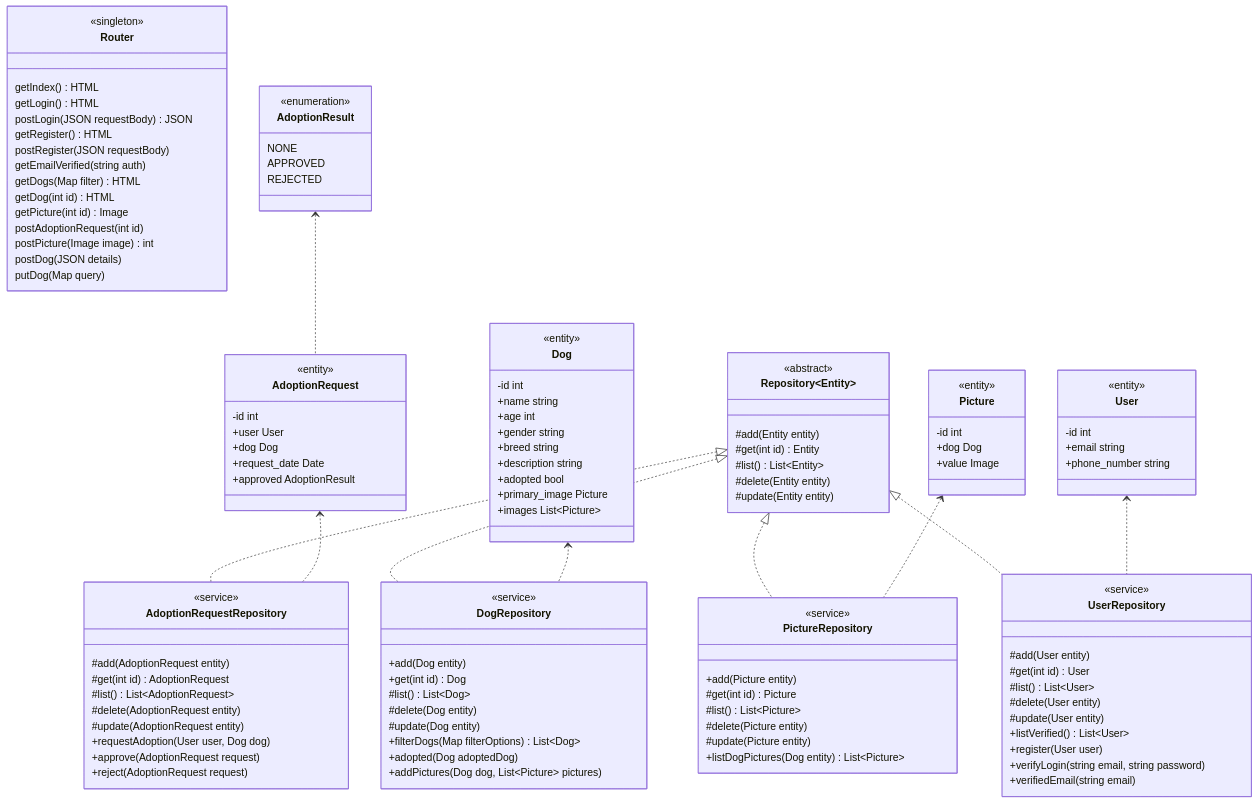
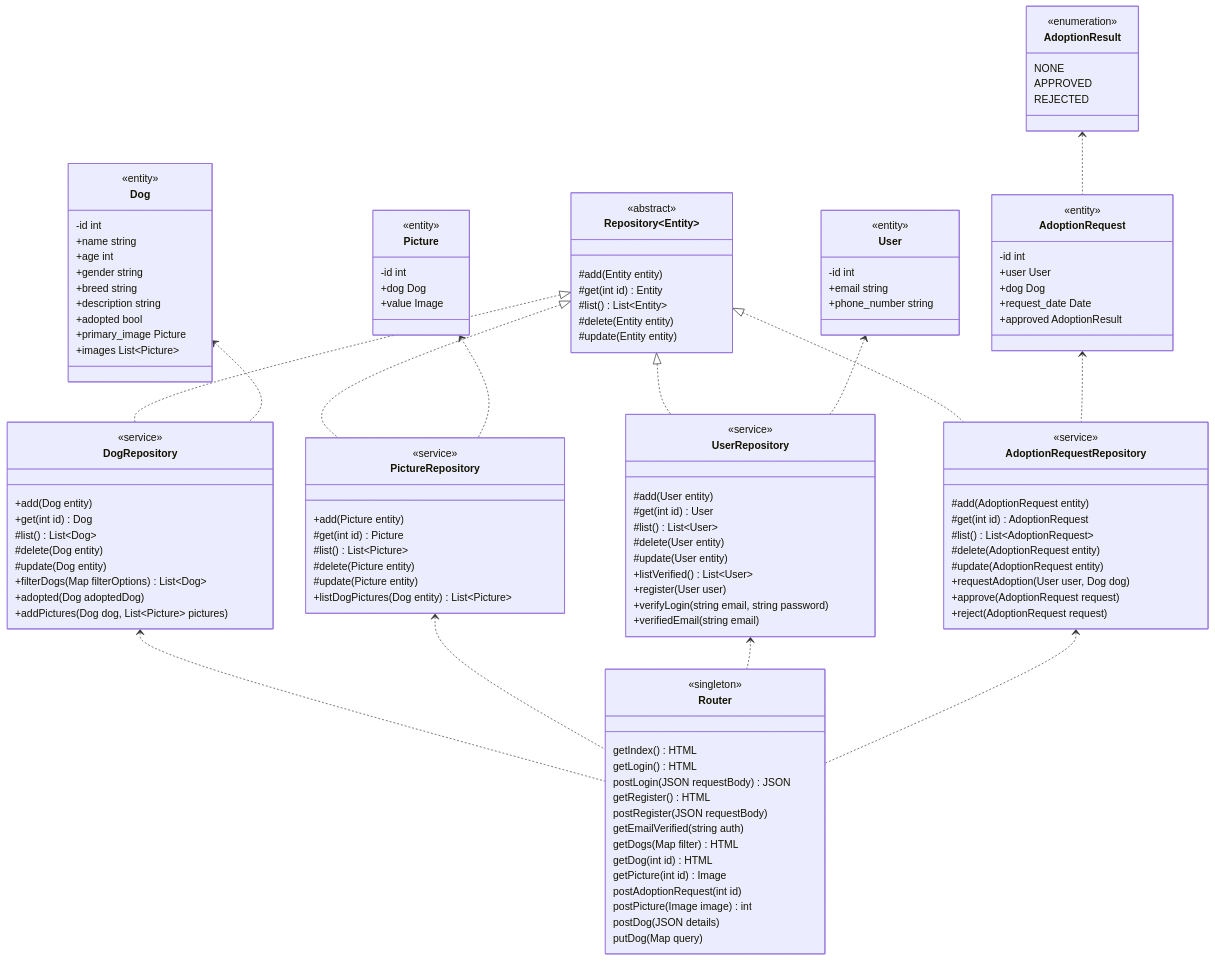
The sixth of 7 diagrams in docs/rendszerterv.md (Macsoo/its-not-a-bug-its-a-feature), drawn with Mermaid before and after one commit.

Commit message:
docs: added missing connections to implementation plan in system specification

````diff
--- a/docs/rendszerterv.md
+++ b/docs/rendszerterv.md
@@ -542,6 +542,7 @@
     }
     Repository<|..DogRepository
     Dog<..DogRepository
+    DogRepository<..Router
     
     class PictureRepository {
         <<service>>
@@ -554,6 +555,7 @@
     }
     Repository<|..PictureRepository
     Picture<..PictureRepository
+    PictureRepository<..Router
     
     class UserRepository {
         <<service>>
@@ -569,6 +571,7 @@
     }
     Repository<|..UserRepository
     User<..UserRepository
+    UserRepository<..Router
     
     class AdoptionRequestRepository {
         <<service>>
@@ -583,4 +586,5 @@
     }
     Repository<|..AdoptionRequestRepository
     AdoptionRequest<..AdoptionRequestRepository
+    AdoptionRequestRepository<..Router
 ```
````
